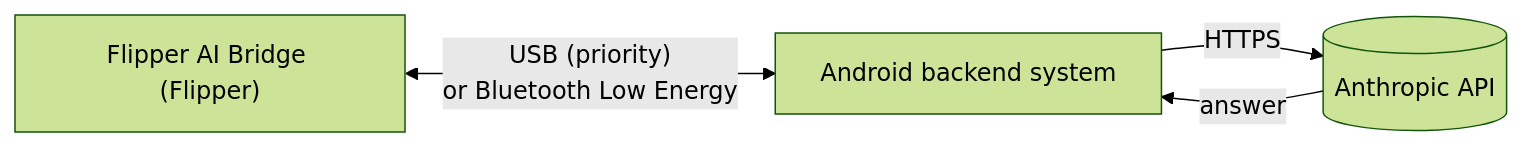
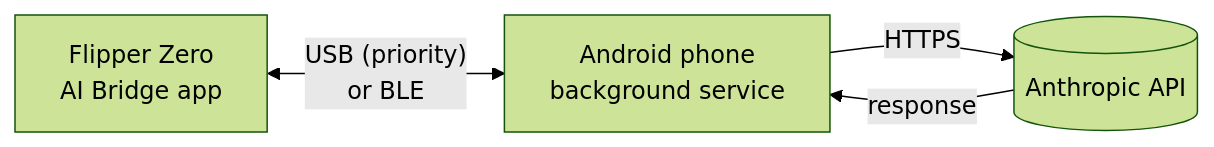
One commit to Nahida4479/Flipper-AI-Bridge changed the diagram in README.md. Above: the diagram before and after it, drawn with Mermaid (forest theme). The commit also changed other lines of this file and 3 other files, not shown here.

````diff
--- a/README.md
+++ b/README.md
@@ -19,6 +25,6 @@
 ```mermaid
 flowchart LR
-    F["Flipper AI Bridge (Flipper)"] <-->|"USB (priority)<br/>or Bluetooth Low Energy"| P["Android backend system"]
+    F["Flipper Zero<br/>AI Bridge app"] <-->|"USB (priority)<br/>or BLE"| P["Android phone<br/>background service"]
     P -->|HTTPS| A[("Anthropic API")]
-    A -->|answer| P
+    A -->|response| P
 ```
````
